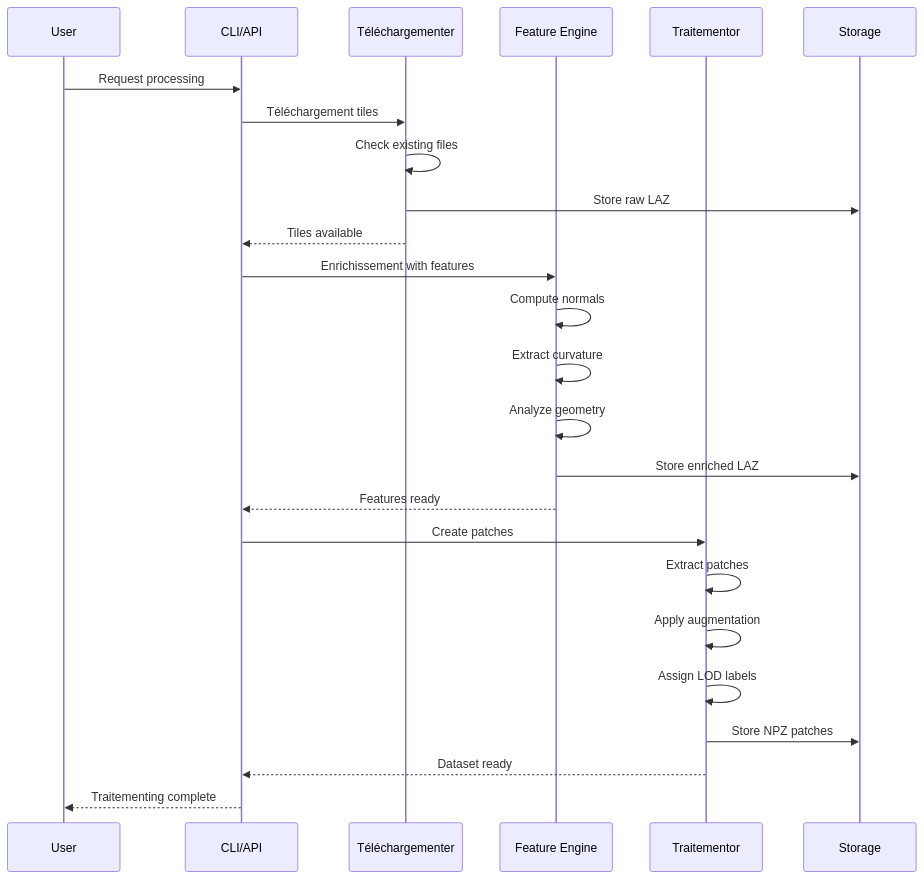
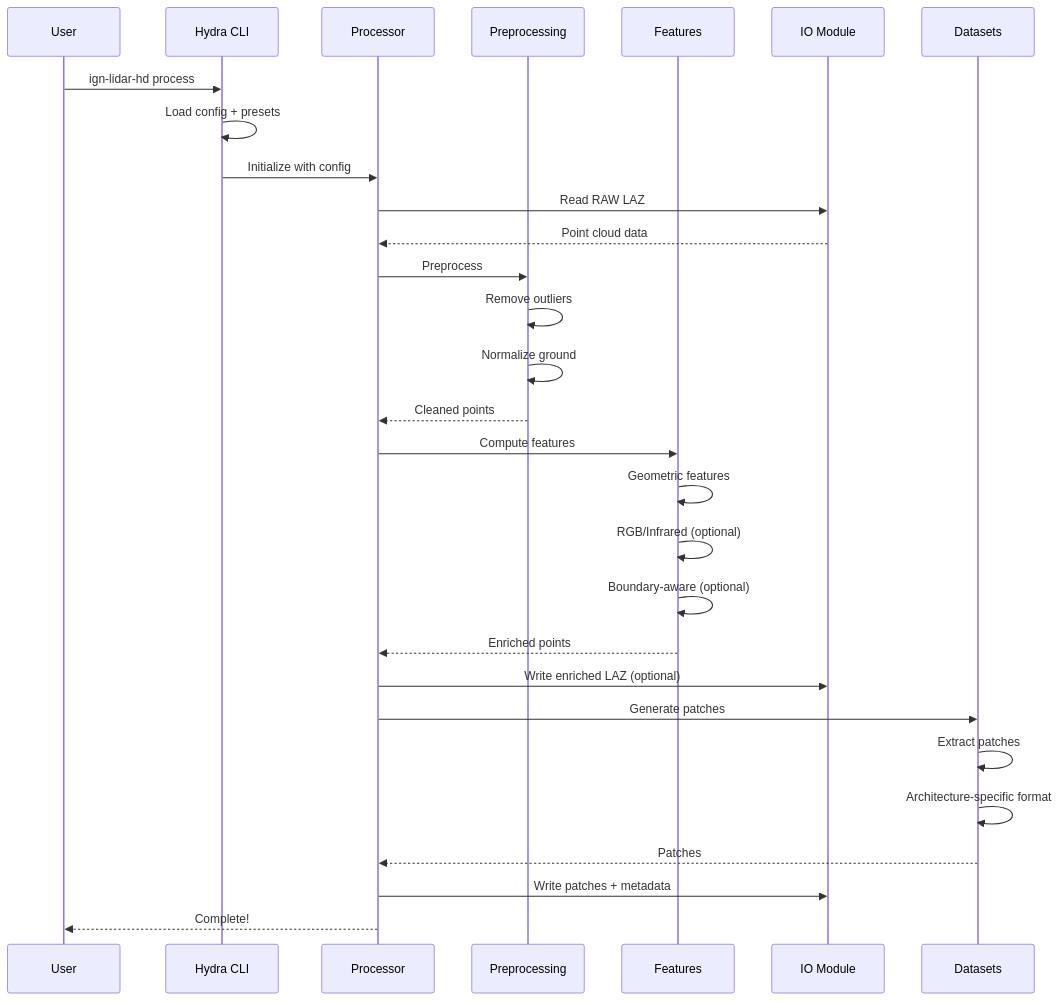
One commit to sducournau/IGN_LIDAR_HD_DATASET changed the third of 6 diagrams in website/i18n/fr/docusaurus-plugin-content-docs/current/architecture.md. Above: the diagram before and after it, drawn with Mermaid. The commit also changed other lines of this file and 145 other files, not shown here.

````diff
--- a/website/i18n/fr/docusaurus-plugin-content-docs/current/architecture.md
+++ b/website/i18n/fr/docusaurus-plugin-content-docs/current/architecture.md
@@ -65,30 +181,37 @@
 ```mermaid
 sequenceDiagram
     participant U as User
-    participant C as CLI/API
-    participant D as Téléchargementer
-    participant F as Feature Engine
-    participant P as Traitementor
-    participant S as Storage
+    participant H as Hydra CLI
+    participant P as Processor
+    participant PP as Preprocessing
+    participant F as Features
+    participant IO as IO Module
+    participant D as Datasets
 
-    U->>C: Request processing
-    C->>D: Téléchargement tiles
-    D->>D: Check existing files
-    D->>S: Store raw LAZ
-    D-->>C: Tiles available
+    U->>H: ign-lidar-hd process
+    H->>H: Load config + presets
+    H->>P: Initialize with config
 
-    C->>F: Enrichissement with features
-    F->>F: Compute normals
-    F->>F: Extract curvature
-    F->>F: Analyze geometry
-    F->>S: Store enriched LAZ
-    F-->>C: Features ready
+    P->>IO: Read RAW LAZ
+    IO-->>P: Point cloud data
 
-    C->>P: Create patches
-    P->>P: Extract patches
-    P->>P: Apply augmentation
-    P->>P: Assign LOD labels
-    P->>S: Store NPZ patches
-    P-->>C: Dataset ready
-    C-->>U: Traitementing complete
+    P->>PP: Preprocess
+    PP->>PP: Remove outliers
+    PP->>PP: Normalize ground
+    PP-->>P: Cleaned points
+
+    P->>F: Compute features
+    F->>F: Geometric features
+    F->>F: RGB/Infrared (optional)
+    F->>F: Boundary-aware (optional)
+    F-->>P: Enriched points
+
+    P->>IO: Write enriched LAZ (optional)
+    P->>D: Generate patches
+    D->>D: Extract patches
+    D->>D: Architecture-specific format
+    D-->>P: Patches
+
+    P->>IO: Write patches + metadata
+    P-->>U: Complete!
 ```
````
